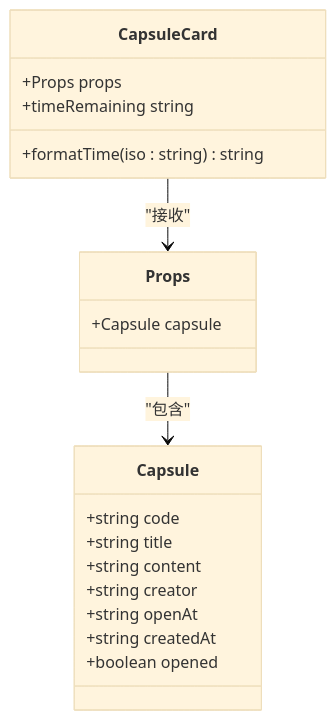
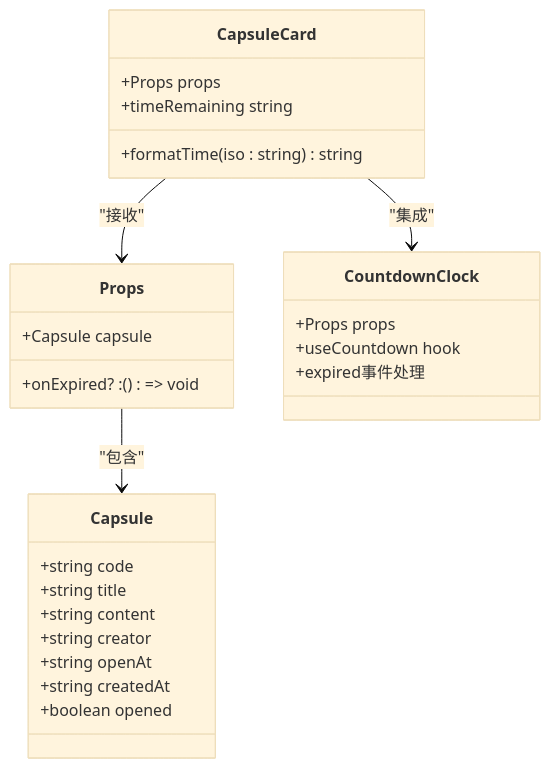
The fourth of 15 diagrams in .qoder/repowiki/zh/content/前端实现详解/Vue 3 实现/组件系统设计/CapsuleCard 胶囊卡片组件.md (alexy2008/TimeCapsule), drawn with Mermaid (base theme) before and after one commit. The commit also changed other lines of this file and 22 other files, not shown here.

````diff
--- a/.qoder/repowiki/zh/content/前端实现详解/Vue 3 实现/组件系统设计/CapsuleCard 胶囊卡片组件.md
+++ b/.qoder/repowiki/zh/content/前端实现详解/Vue 3 实现/组件系统设计/CapsuleCard 胶囊卡片组件.md
@@ -167,22 +204,29 @@
 ```mermaid
 classDiagram
 class CapsuleCard {
 +Props props
 +formatTime(iso : string) string
 +timeRemaining string
 }
 class Props {
 +Capsule capsule
++onExpired? : () => void
 }
 class Capsule {
 +string code
 +string title
 +string content
 +string creator
 +string openAt
 +string createdAt
 +boolean opened
 }
+class CountdownClock {
++Props props
++useCountdown hook
++expired事件处理
+}
 CapsuleCard --> Props : "接收"
 Props --> Capsule : "包含"
+CapsuleCard --> CountdownClock : "集成"
 ```
````
